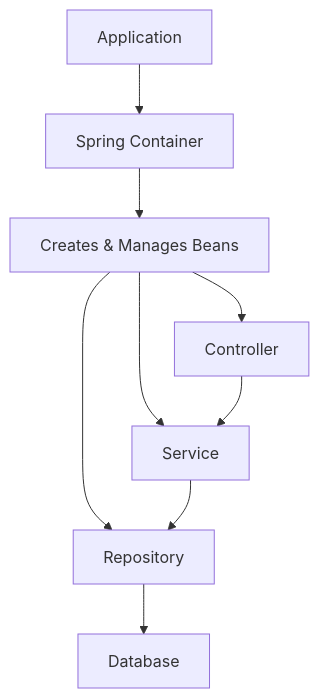
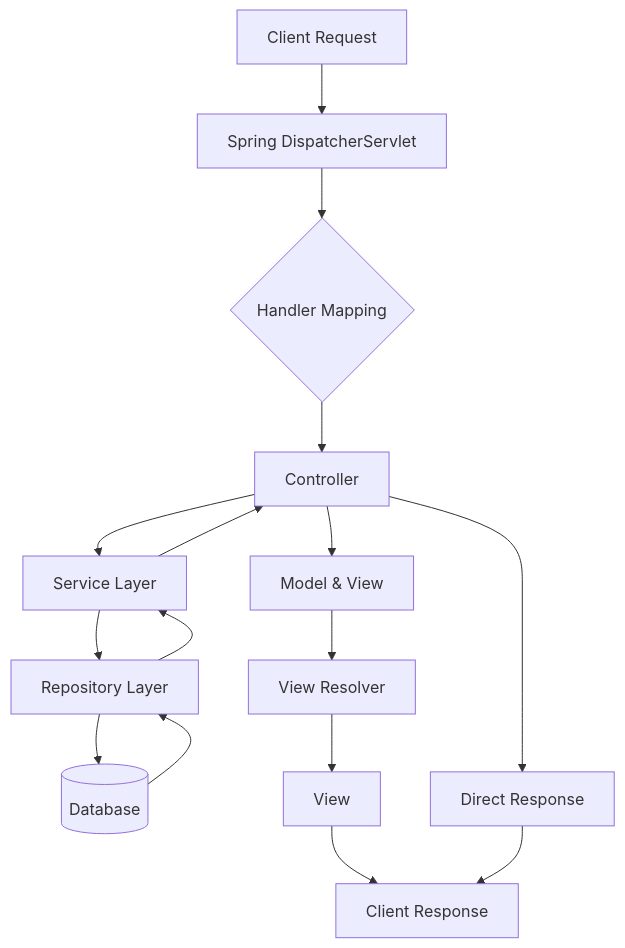
One commit to wahidyankf/oss changed the second of 4 diagrams in apps-standalone/ayokoding-web/content/en/learn/crash-courses/swe/stacks/web/spring-boot/basics.md. Above: the diagram before and after it, drawn with Mermaid. The commit also changed other lines of this file and 40 other files, not shown here.

````diff
--- a/apps-standalone/ayokoding-web/content/en/learn/crash-courses/swe/stacks/web/spring-boot/basics.md
+++ b/apps-standalone/ayokoding-web/content/en/learn/crash-courses/swe/stacks/web/spring-boot/basics.md
@@ -141,11 +823,19 @@
 ```mermaid
 graph TD
-    A[Application] --> B[Spring Container]
-    B --> C[Creates & Manages Beans]
+    A[Client Request] --> B[Spring DispatcherServlet]
+    B --> C{Handler Mapping}
     C --> D[Controller]
-    C --> E[Service]
-    C --> F[Repository]
-    D --> E
-    E --> F
-    F --> G[Database]
+    D --> E[Service Layer]
+    E --> F[Repository Layer]
+    F --> G[(Database)]
+    G --> F
+    F --> E
+    E --> D
+    D --> H[Model & View]
+    H --> I[View Resolver]
+    I --> J[View]
+    J --> K[Client Response]
+
+    D --> L[Direct Response]
+    L --> K
 ```
````
